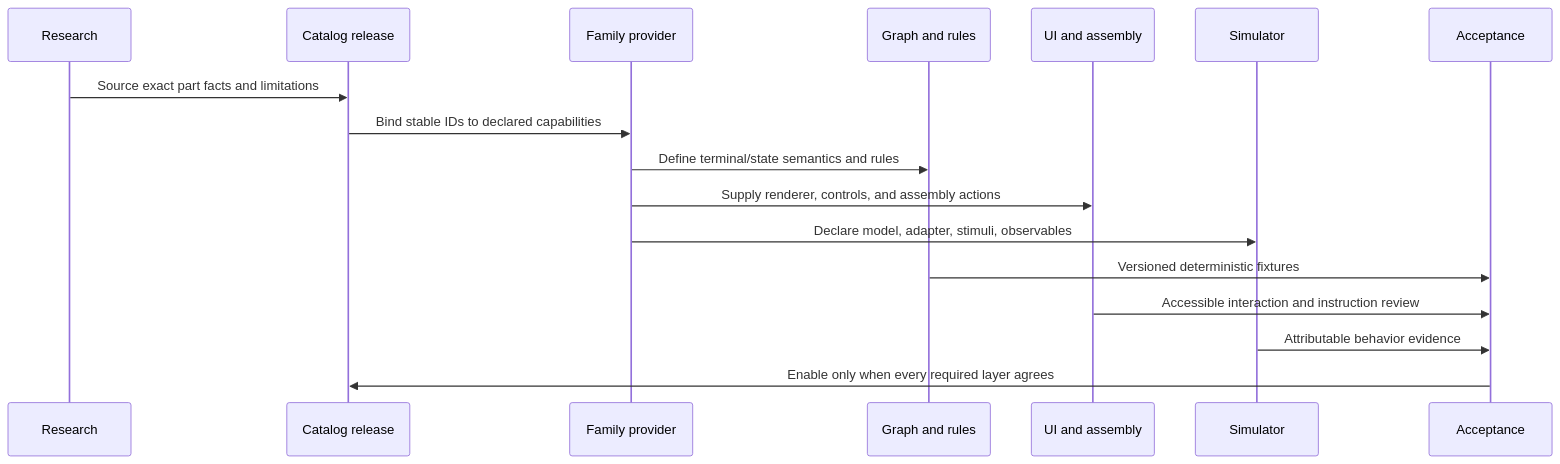
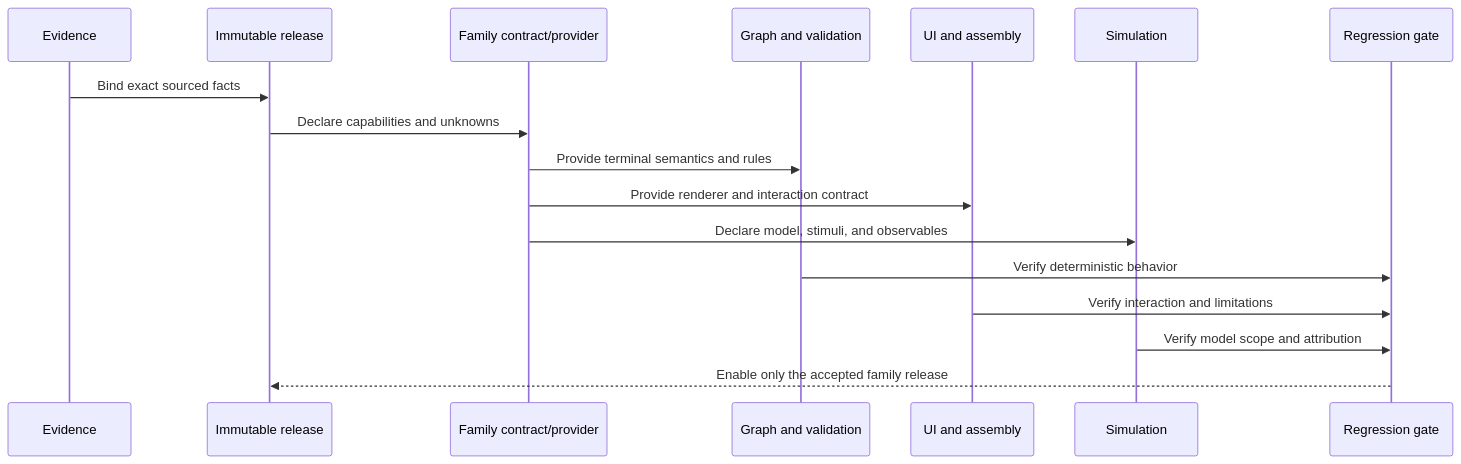
One commit to choksi2212/schemora-lab changed the second of 2 diagrams in docs/Phase-9-Implementation.md. Above: the diagram before and after it, drawn with Mermaid. The commit also changed other lines of this file and 23 other files, not shown here.

````diff
--- a/docs/Phase-9-Implementation.md
+++ b/docs/Phase-9-Implementation.md
@@ -70,19 +142,19 @@
 ```mermaid
 sequenceDiagram
-  participant R as Research
-  participant C as Catalog release
-  participant P as Family provider
-  participant G as Graph and rules
+  participant E as Evidence
+  participant R as Immutable release
+  participant F as Family contract/provider
+  participant G as Graph and validation
   participant U as UI and assembly
-  participant S as Simulator
-  participant A as Acceptance
-  R->>C: Source exact part facts and limitations
-  C->>P: Bind stable IDs to declared capabilities
-  P->>G: Define terminal/state semantics and rules
-  P->>U: Supply renderer, controls, and assembly actions
-  P->>S: Declare model, adapter, stimuli, observables
-  G->>A: Versioned deterministic fixtures
-  U->>A: Accessible interaction and instruction review
-  S->>A: Attributable behavior evidence
-  A->>C: Enable only when every required layer agrees
+  participant S as Simulation
+  participant Q as Regression gate
+  E->>R: Bind exact sourced facts
+  R->>F: Declare capabilities and unknowns
+  F->>G: Provide terminal semantics and rules
+  F->>U: Provide renderer and interaction contract
+  F->>S: Declare model, stimuli, and observables
+  G->>Q: Verify deterministic behavior
+  U->>Q: Verify interaction and limitations
+  S->>Q: Verify model scope and attribution
+  Q-->>R: Enable only the accepted family release
 ```
````
